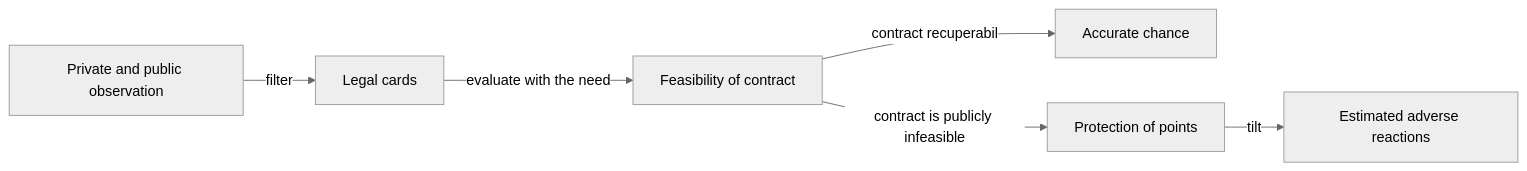
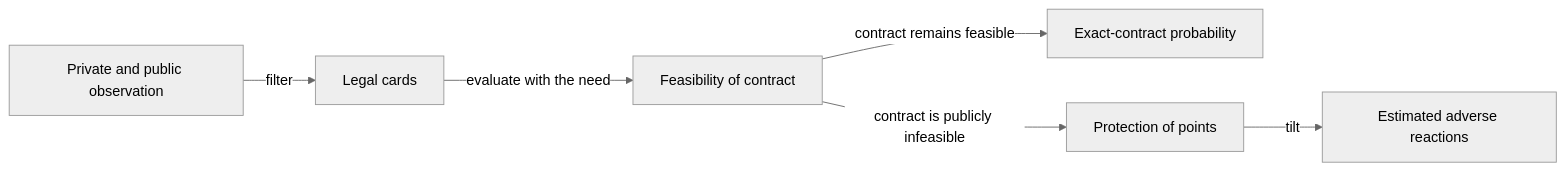
One commit to crististefanita/atf_j4 changed the diagram in docs/ai/ATF_ContextualPlay.md. Above: the diagram before and after it, drawn with Mermaid (neutral theme). The commit also changed other lines of this file and 126 other files, not shown here.

````diff
--- a/docs/ai/ATF_ContextualPlay.md
+++ b/docs/ai/ATF_ContextualPlay.md
@@ -9,8 +9,8 @@
 ```mermaid
 flowchart LR
     OBS[Private and public observation] -->|filter| LEGAL[Legal cards]
     LEGAL -->|evaluate with the need| QUOTA[Feasibility of contract]
-    QUOTA -->|contract recuperabil| EXACT[Accurate chance]
+    QUOTA -->|contract remains feasible| EXACT[Exact-contract probability]
     QUOTA -->|contract is publicly infeasible| POINTS[Protection of points]
     POINTS -->|tilt| RIVALS[Estimated adverse reactions]
 ```
````
